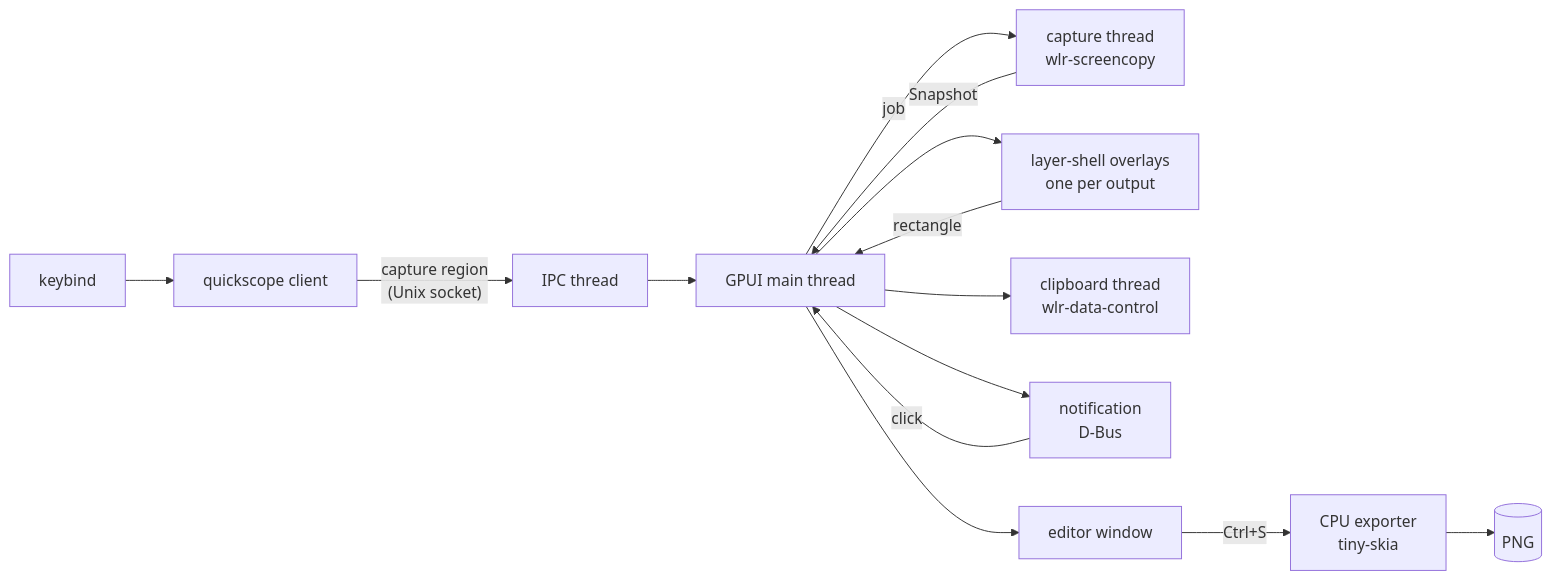
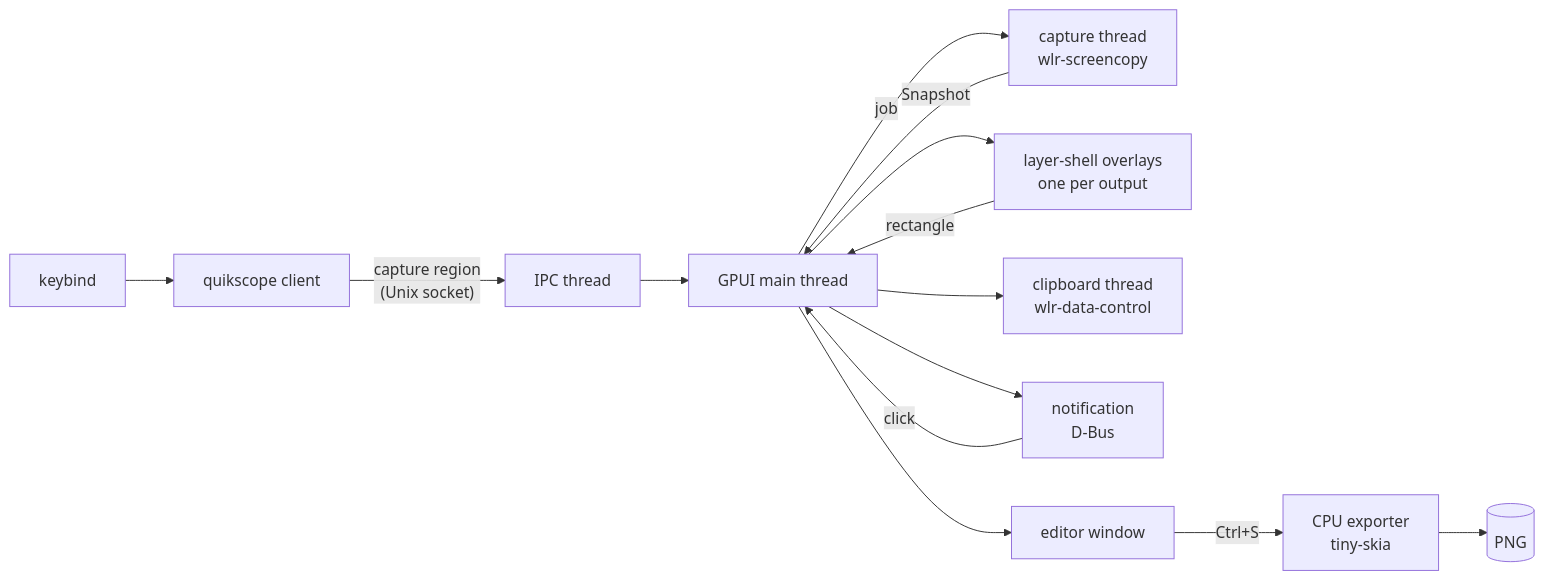
Before and after one commit to qt715/quikscope: the diagram in docs/architecture.md, drawn with Mermaid. The commit also changed other lines of this file and 47 other files, not shown here.

````diff
--- a/docs/architecture.md
+++ b/docs/architecture.md
@@ -9,15 +9,15 @@
 ```mermaid
 flowchart LR
-    key[keybind] --> client[quickscope client]
+    key[keybind] --> client[quikscope client]
     client -- "capture region\n(Unix socket)" --> ipc[IPC thread]
     ipc --> main[GPUI main thread]
     main -- job --> cap[capture thread\nwlr-screencopy]
     cap -- Snapshot --> main
     main --> overlay[layer-shell overlays\none per output]
     overlay -- rectangle --> main
     main --> clip[clipboard thread\nwlr-data-control]
     main --> notify[notification\nD-Bus]
     notify -- click --> main
     main --> editor[editor window]
     editor -- Ctrl+S --> export[CPU exporter\ntiny-skia] --> png[(PNG)]
 ```
````
